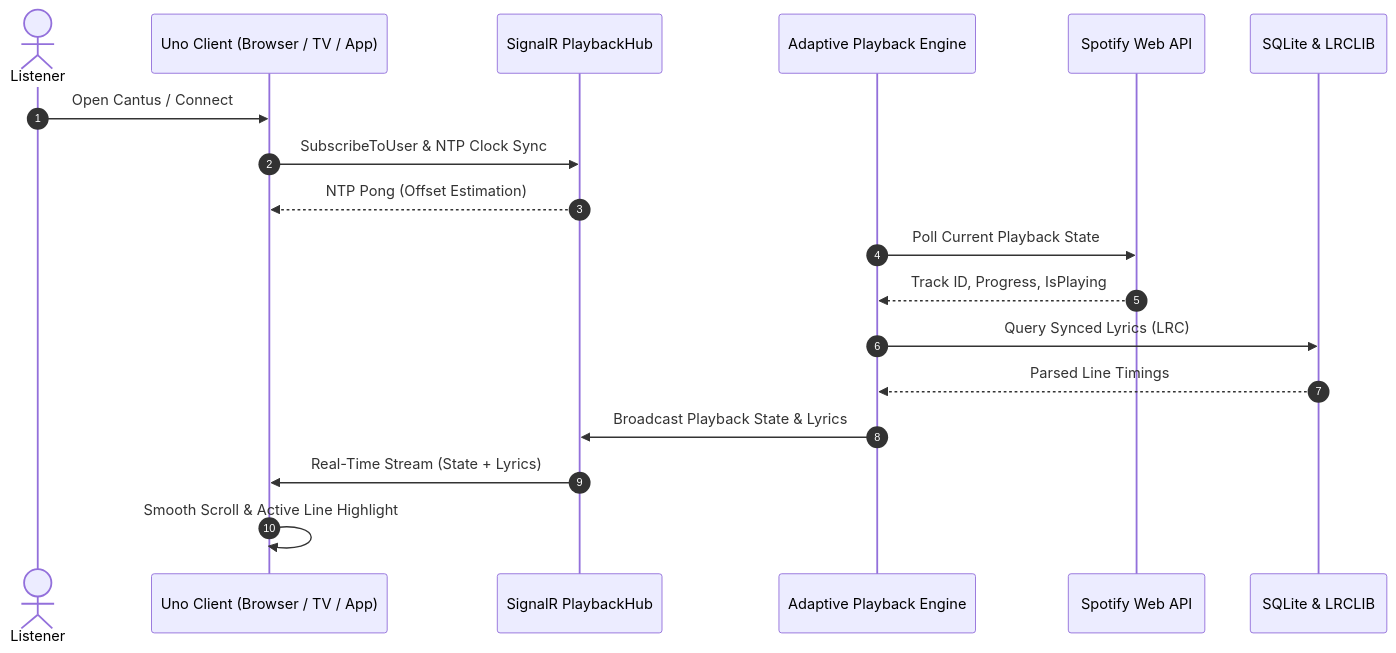
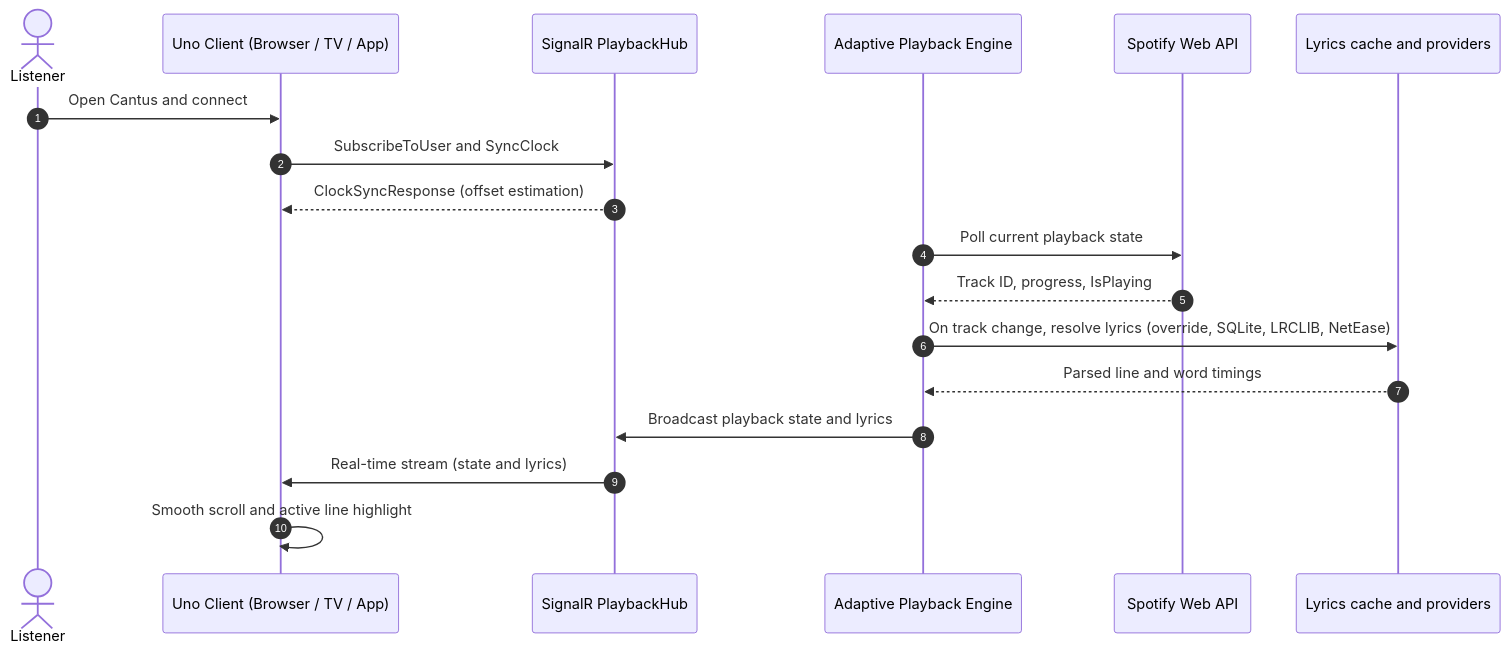
One commit to jav76/Cantus changed the diagram in docs/index.md. Above: the diagram before and after it, drawn with Mermaid. The commit also changed other lines of this file and 8 other files, not shown here.

Commit message:
docs: correct architecture, theming and contributing pages against the code

````diff
--- a/docs/index.md
+++ b/docs/index.md
@@ -86,21 +86,21 @@
 ```mermaid
 sequenceDiagram
     autonumber
     actor Listener as Listener
     participant Client as Uno Client (Browser / TV / App)
     participant Hub as SignalR PlaybackHub
     participant Poller as Adaptive Playback Engine
     participant Spotify as Spotify Web API
-    participant Cache as SQLite & LRCLIB
+    participant Cache as Lyrics cache and providers
 
-    Listener->>Client: Open Cantus / Connect
-    Client->>Hub: SubscribeToUser & NTP Clock Sync
-    Hub-->>Client: NTP Pong (Offset Estimation)
-    Poller->>Spotify: Poll Current Playback State
-    Spotify-->>Poller: Track ID, Progress, IsPlaying
-    Poller->>Cache: Query Synced Lyrics (LRC)
-    Cache-->>Poller: Parsed Line Timings
-    Poller->>Hub: Broadcast Playback State & Lyrics
-    Hub->>Client: Real-Time Stream (State + Lyrics)
-    Client->>Client: Smooth Scroll & Active Line Highlight
+    Listener->>Client: Open Cantus and connect
+    Client->>Hub: SubscribeToUser and SyncClock
+    Hub-->>Client: ClockSyncResponse (offset estimation)
+    Poller->>Spotify: Poll current playback state
+    Spotify-->>Poller: Track ID, progress, IsPlaying
+    Poller->>Cache: On track change, resolve lyrics (override, SQLite, LRCLIB, NetEase)
+    Cache-->>Poller: Parsed line and word timings
+    Poller->>Hub: Broadcast playback state and lyrics
+    Hub->>Client: Real-time stream (state and lyrics)
+    Client->>Client: Smooth scroll and active line highlight
 ```
````
